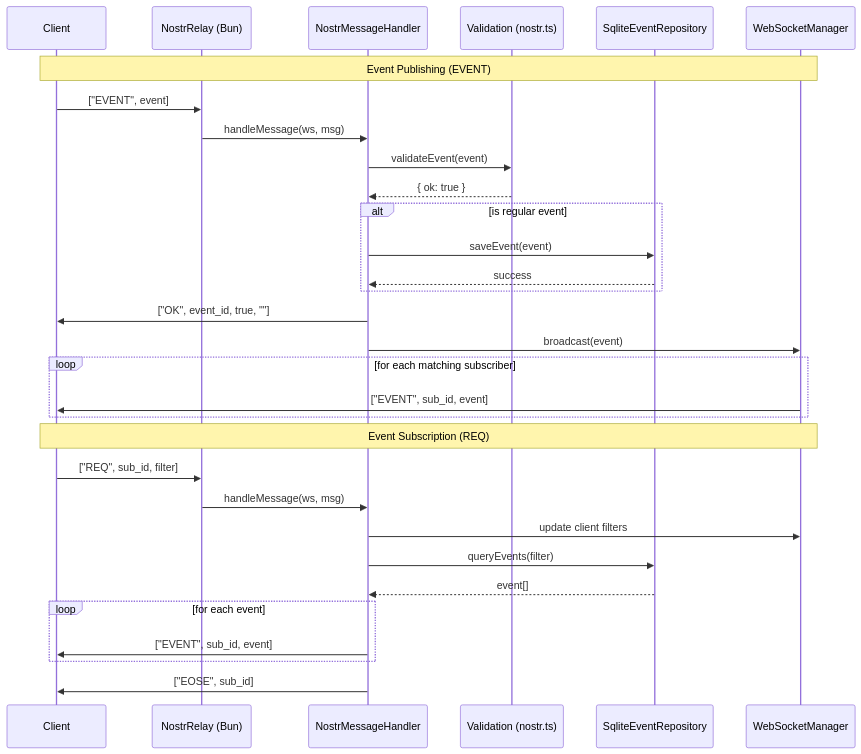
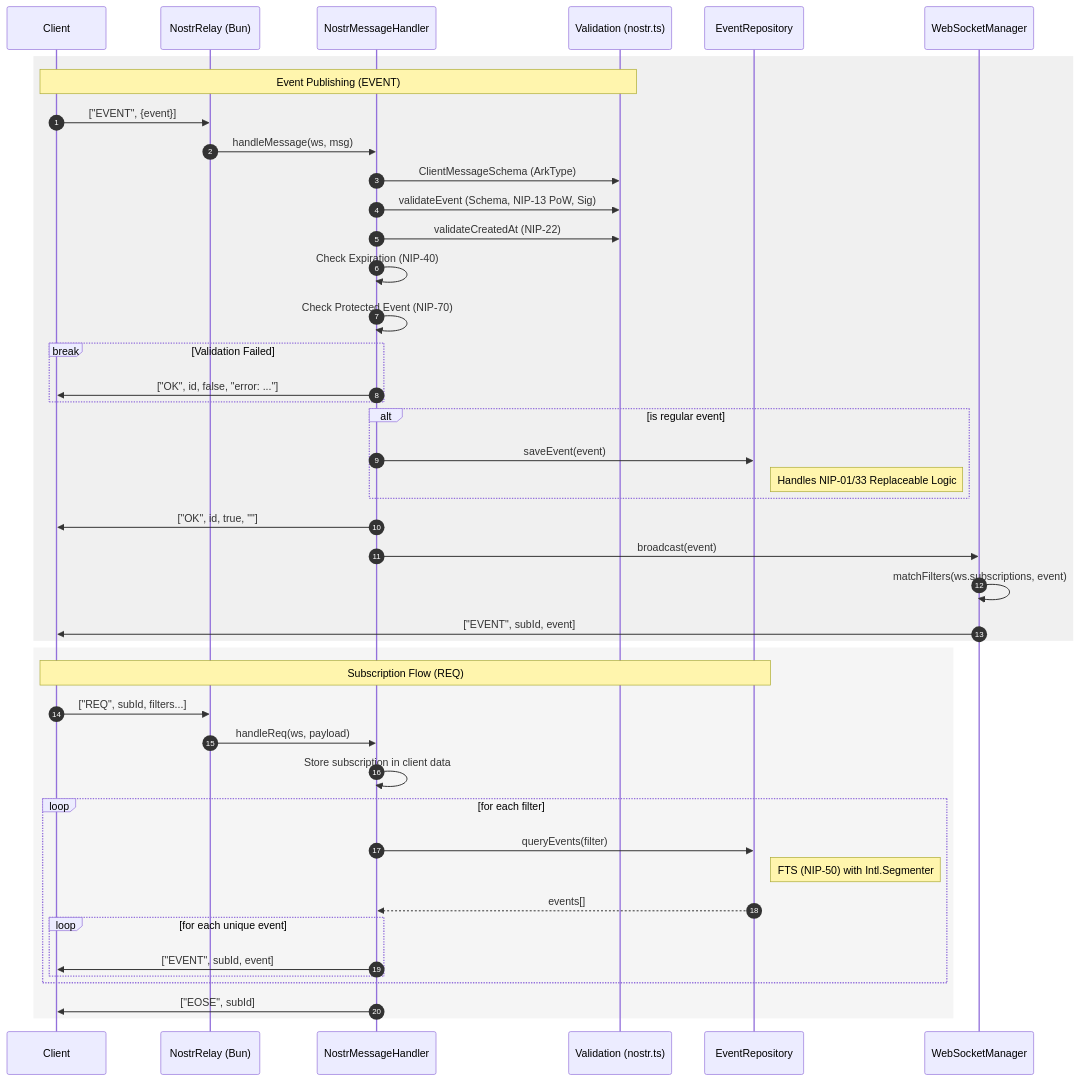
The diagram in README.md (tani/n0str), drawn with Mermaid before and after one commit. The commit also changed other lines of this file, not shown here.

````diff
--- a/README.md
+++ b/README.md
@@ -144,35 +148,51 @@
 ```mermaid
 sequenceDiagram
+    autonumber
     participant C as Client
     participant R as NostrRelay (Bun)
     participant H as NostrMessageHandler
     participant V as Validation (nostr.ts)
-    participant DB as SqliteEventRepository
+    participant DB as EventRepository
     participant W as WebSocketManager
 
-    Note over C,W: Event Publishing (EVENT)
-    C->>R: ["EVENT", event]
+    rect rgb(240, 240, 240)
+    Note over C,V: Event Publishing (EVENT)
+    C->>R: ["EVENT", {event}]
     R->>H: handleMessage(ws, msg)
-    H->>V: validateEvent(event)
-    V-->>H: { ok: true }
+    H->>V: ClientMessageSchema (ArkType)
+    H->>V: validateEvent (Schema, NIP-13 PoW, Sig)
+    H->>V: validateCreatedAt (NIP-22)
+    H->>H: Check Expiration (NIP-40)
+    H->>H: Check Protected Event (NIP-70)
+    
+    break Validation Failed
+        H->>C: ["OK", id, false, "error: ..."]
+    end
+
     alt is regular event
         H->>DB: saveEvent(event)
-        DB-->>H: success
+        Note right of DB: Handles NIP-01/33 Replaceable Logic
     end
-    H->>C: ["OK", event_id, true, ""]
+    
+    H->>C: ["OK", id, true, ""]
     H->>W: broadcast(event)
-    loop for each matching subscriber
-        W->>C: ["EVENT", sub_id, event]
+    W->>W: matchFilters(ws.subscriptions, event)
+    W->>C: ["EVENT", subId, event]
     end
 
-    Note over C,W: Event Subscription (REQ)
-    C->>R: ["REQ", sub_id, filter]
-    R->>H: handleMessage(ws, msg)
-    H->>W: update client filters
-    H->>DB: queryEvents(filter)
-    DB-->>H: event[]
-    loop for each event
-        H->>C: ["EVENT", sub_id, event]
+    rect rgb(245, 245, 245)
+    Note over C,DB: Subscription Flow (REQ)
+    C->>R: ["REQ", subId, filters...]
+    R->>H: handleReq(ws, payload)
+    H->>H: Store subscription in client data
+    loop for each filter
+        H->>DB: queryEvents(filter)
+        Note right of DB: FTS (NIP-50) with Intl.Segmenter
+        DB-->>H: events[]
+        loop for each unique event
+            H->>C: ["EVENT", subId, event]
+        end
     end
-    H->>C: ["EOSE", sub_id]
+    H->>C: ["EOSE", subId]
+    end
 ```
````
